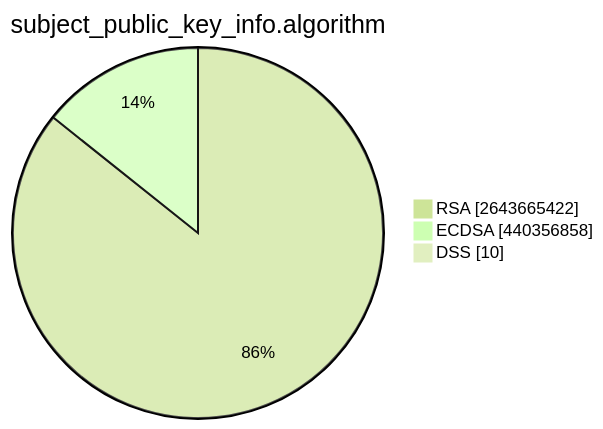
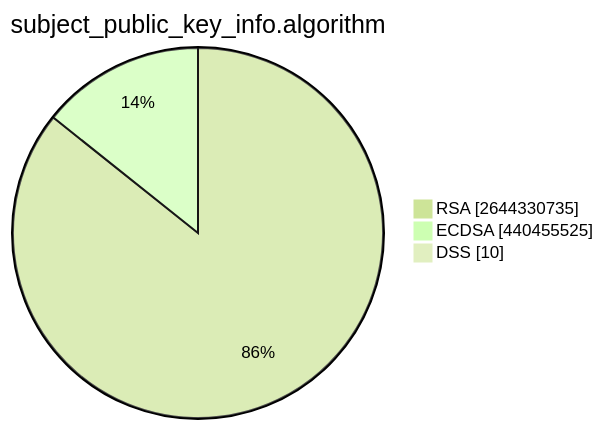
The second of 15 diagrams in TOTAL/README.md (christiankrug/ctmonitor_visualization), drawn with Mermaid (forest theme) before and after one commit. The commit also changed other lines of this file, not shown here.

````diff
--- a/TOTAL/README.md
+++ b/TOTAL/README.md
@@ -6,7 +6,7 @@
 ```mermaid
 pie showData
 title subject_public_key_info.algorithm
-"RSA" :2643665422
-"ECDSA" :440356858
+"RSA" :2644330735
+"ECDSA" :440455525
 "DSS" :10
 ```
````
